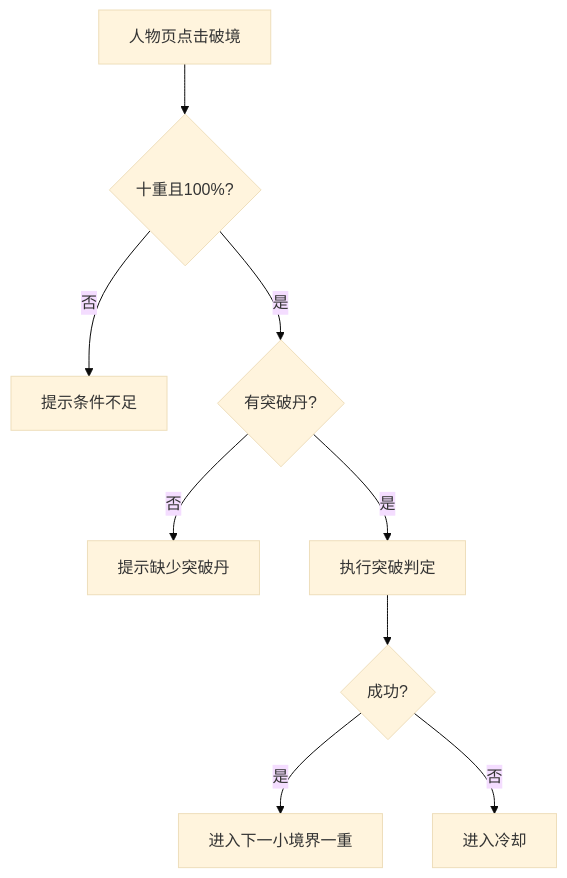
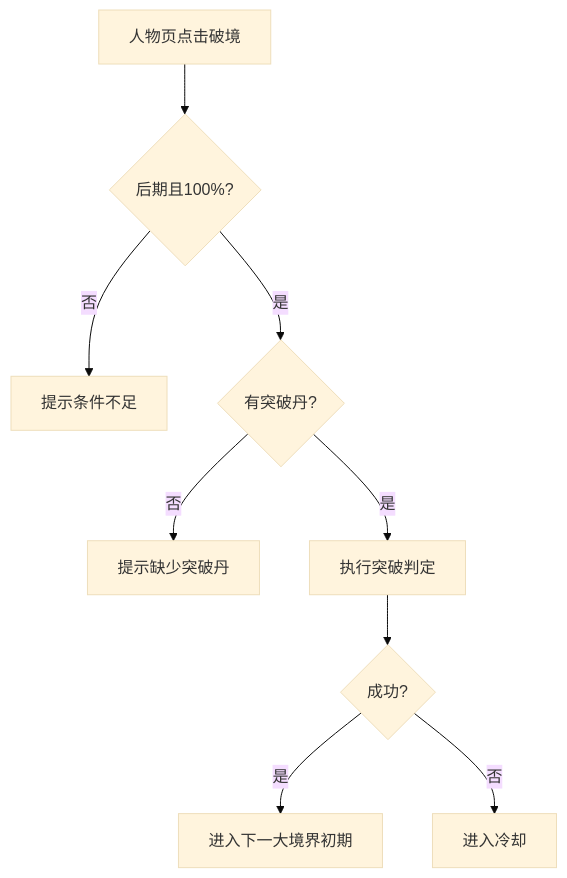
The third of 3 diagrams in product/界面交互/界面交互规范.md (ch412-chl/xiuxian-game001), drawn with Mermaid (base theme) before and after one commit. The commit also changed other lines of this file and 3 other files, not shown here.

````diff
--- a/product/界面交互/界面交互规范.md
+++ b/product/界面交互/界面交互规范.md
@@ -455,11 +423,11 @@
 ```mermaid
 flowchart TD
-  A["人物页点击破境"] --> B{"十重且100%?"}
+  A["人物页点击破境"] --> B{"后期且100%?"}
   B -- 否 --> C["提示条件不足"]
   B -- 是 --> D{"有突破丹?"}
   D -- 否 --> E["提示缺少突破丹"]
   D -- 是 --> F["执行突破判定"]
   F --> G{"成功?"}
-  G -- 是 --> H["进入下一小境界一重"]
+  G -- 是 --> H["进入下一大境界初期"]
   G -- 否 --> I["进入冷却"]
 ```
````
